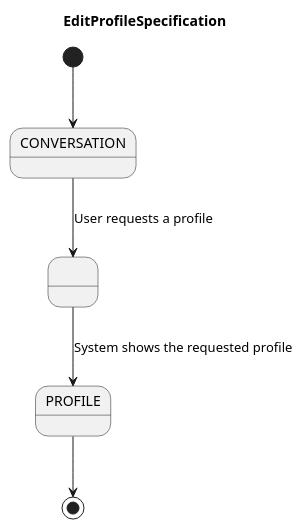
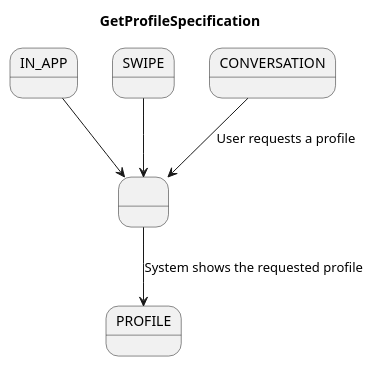
One commit to fraylopez/tinder changed the diagram in docs/src/use-cases/specs/getprofile.spec.puml. Above: the diagram before and after it, drawn with PlantUML.

Commit message:
Improved get profile spec

```diff
--- a/docs/src/use-cases/specs/getprofile.spec.puml
+++ b/docs/src/use-cases/specs/getprofile.spec.puml
@@ -1,15 +1,17 @@
-@startuml EditProfileSpecification
+@startuml GetProfileSpecification
 
-title EditProfileSpecification
+title GetProfileSpecification
 
+state IN_APP
+state SWIPE
 state CONVERSATION
 state PROFILE
 state WAITING_PROFILE as " "
 
-[*] --> CONVERSATION
+IN_APP --> WAITING_PROFILE
+SWIPE --> WAITING_PROFILE
 CONVERSATION --> WAITING_PROFILE: User requests a profile
 WAITING_PROFILE --> PROFILE: System shows the requested profile
-PROFILE --> [*]
 
 
 @enduml
```
